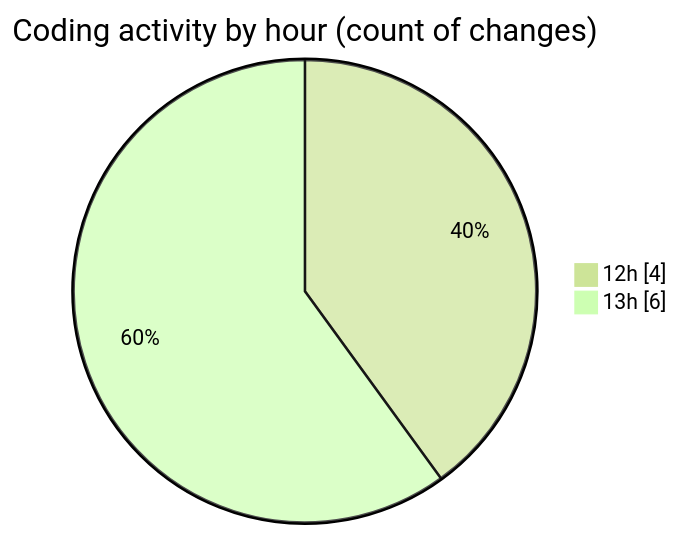
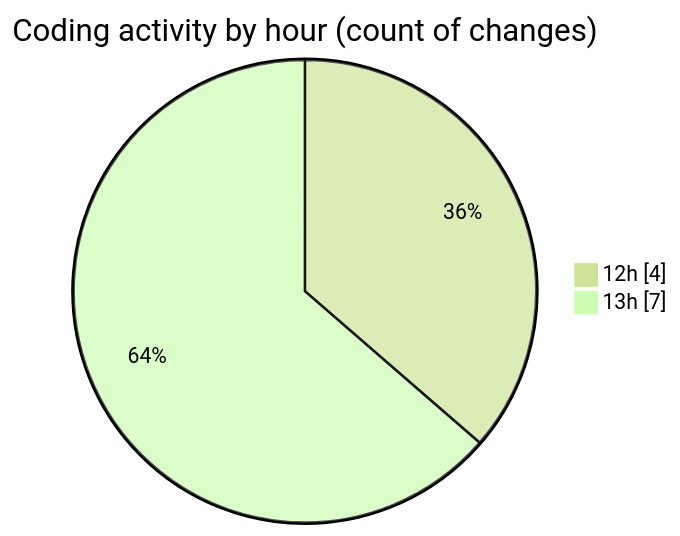
Before and after one commit to MatusMokan/code-tracking: the second of 2 diagrams in 2025-10-25/untitled__workspace_/README.md, drawn with Mermaid (forest theme). The commit also changed other lines of this file and 1 other file, not shown here.

````diff
--- a/2025-10-25/untitled__workspace_/README.md
+++ b/2025-10-25/untitled__workspace_/README.md
@@ -28,6 +28,6 @@
 ```mermaid
 pie showData
 title Coding activity by hour (count of changes)
 "12h" : 4
-"13h" : 6
+"13h" : 7
 ```
````
